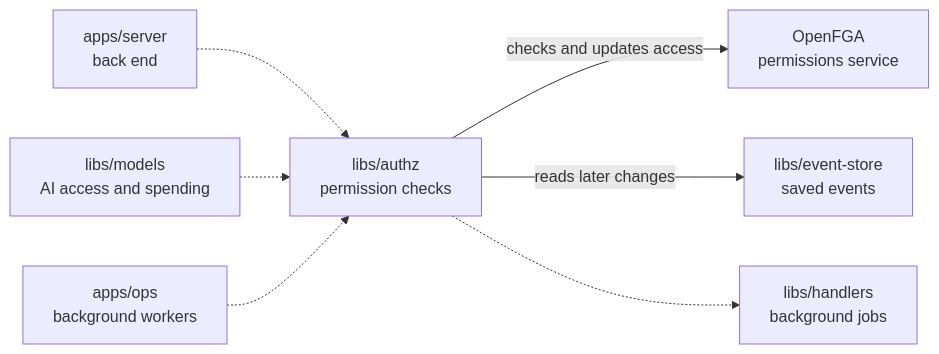
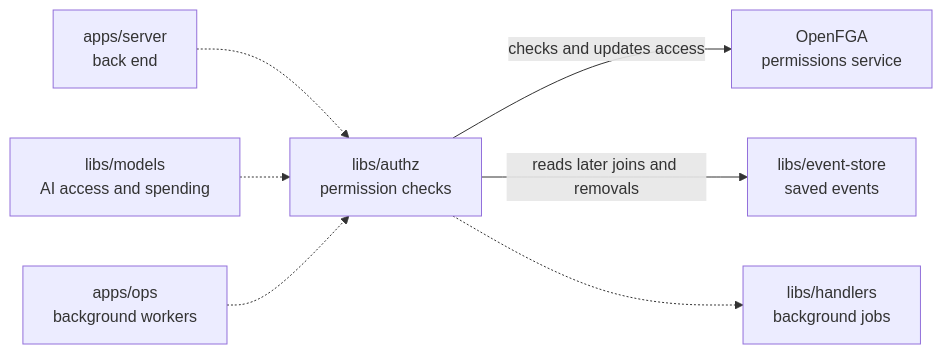
The diagram in libs/authz/README.md (elewa-git/opencrane-new), drawn with Mermaid before and after one commit. The commit also changed other lines of this file and 8 other files, not shown here.

````diff
--- a/libs/authz/README.md
+++ b/libs/authz/README.md
@@ -11,9 +11,9 @@
 ```mermaid
 flowchart LR
   server["apps/server<br/>back end"] -.-> authz["libs/authz<br/>permission checks"]
   models["libs/models<br/>AI access and spending"] -.-> authz
   ops["apps/ops<br/>background workers"] -.-> authz
   authz -->|checks and updates access| fga["OpenFGA<br/>permissions service"]
-  authz -->|reads later changes| store["libs/event-store<br/>saved events"]
+  authz -->|reads later joins and removals| store["libs/event-store<br/>saved events"]
   authz -.-> handlers["libs/handlers<br/>background jobs"]
 ```
````
